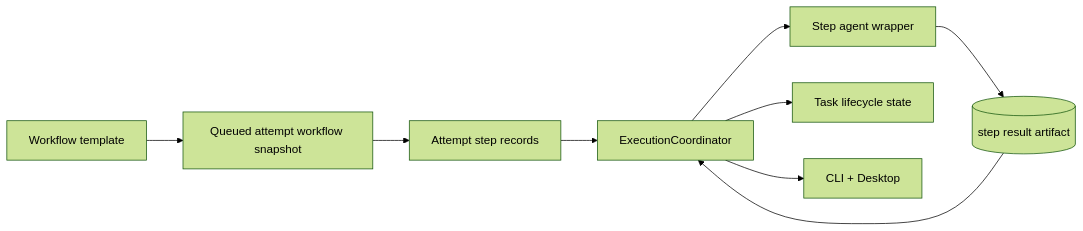
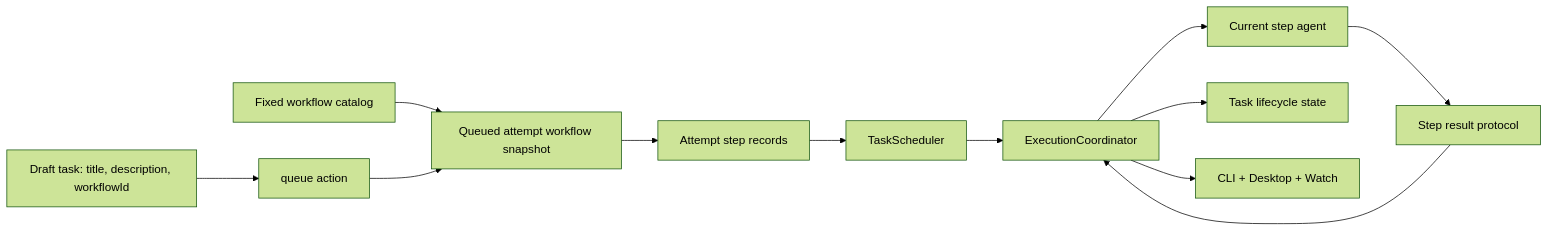
Before and after one commit to jeffery-zhang/tasks-dispatcher: the second of 2 diagrams in docs/plans/2026-03-31-001-refactor-task-lifecycle-and-workflow-state-plan.md, drawn with Mermaid (forest theme). The commit also changed other lines of this file and 60 other files, not shown here.

First line of the commit message:
refactor(runtime): adopt workflow-based task execution model

````diff
--- a/docs/plans/2026-03-31-001-refactor-task-lifecycle-and-workflow-state-plan.md
+++ b/docs/plans/2026-03-31-001-refactor-task-lifecycle-and-workflow-state-plan.md
@@ -116,11 +128,14 @@
 ```mermaid
 flowchart LR
-    WF[Workflow template] --> SNAP[Queued attempt workflow snapshot]
+    TASK[Draft task: title, description, workflowId] --> QUEUE[queue action]
+    WF[Fixed workflow catalog] --> SNAP[Queued attempt workflow snapshot]
+    QUEUE --> SNAP
     SNAP --> STEPS[Attempt step records]
-    STEPS --> EXEC[ExecutionCoordinator]
-    EXEC --> WRAP[Step agent wrapper]
-    WRAP --> RES[(step result artifact)]
-    RES --> EXEC
-    EXEC --> TASK[Task lifecycle state]
-    EXEC --> UI[CLI + Desktop]
+    STEPS --> SCHED[TaskScheduler]
+    SCHED --> EXEC[ExecutionCoordinator]
+    EXEC --> AGENT[Current step agent]
+    AGENT --> RESULT[Step result protocol]
+    RESULT --> EXEC
+    EXEC --> TASKSTATE[Task lifecycle state]
+    EXEC --> SURFACES[CLI + Desktop + Watch]
 ```
````
